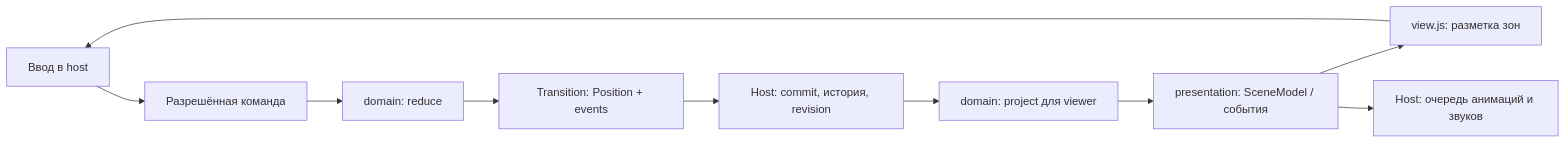
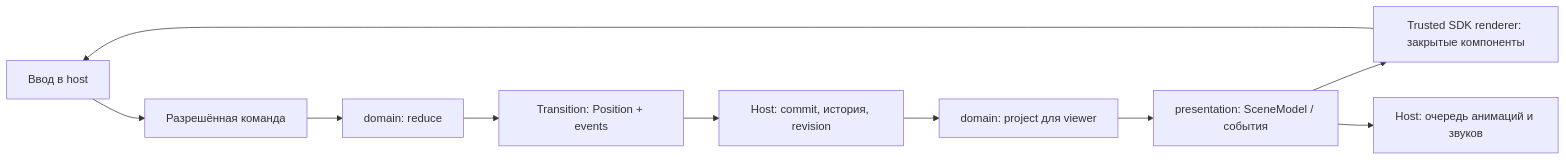
Before and after one commit to GraphGiraffe/boardgame-playroom-paks: the diagram in docs/ARCHITECTURE.md, drawn with Mermaid. The commit also changed other lines of this file and 38 other files, not shown here.

````diff
--- a/docs/ARCHITECTURE.md
+++ b/docs/ARCHITECTURE.md
@@ -46,12 +46,12 @@
 ```mermaid
 flowchart LR
   Input["Ввод в host"] --> Command["Разрешённая команда"]
   Command --> Domain["domain: reduce"]
   Domain --> T["Transition: Position + events"]
   T --> Host["Host: commit, история, revision"]
   Host --> Proj["domain: project для viewer"]
   Proj --> Scene["presentation: SceneModel / события"]
-  Scene --> View["view.js: разметка зон"]
+  Scene --> View["Trusted SDK renderer: закрытые компоненты"]
   Scene --> Plan["Host: очередь анимаций и звуков"]
   View --> Input
 ```
````
